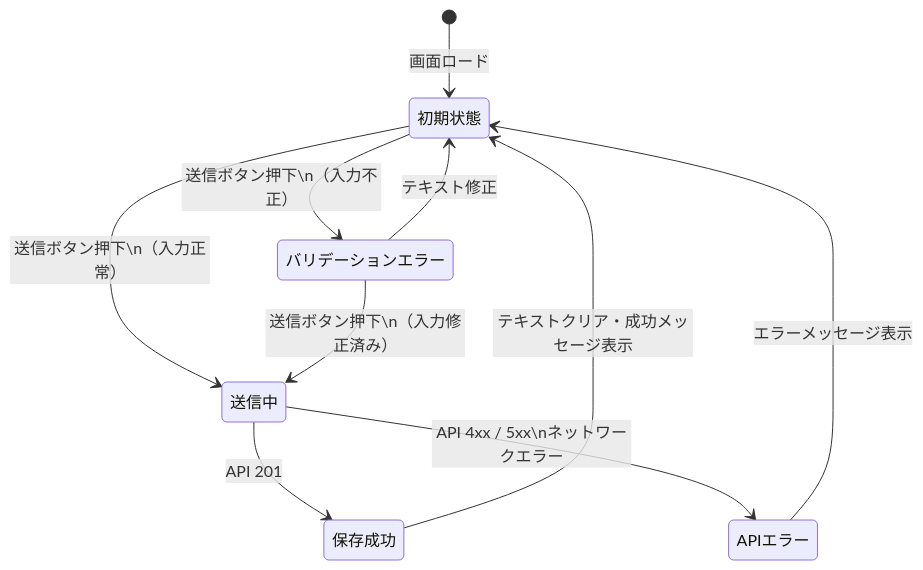
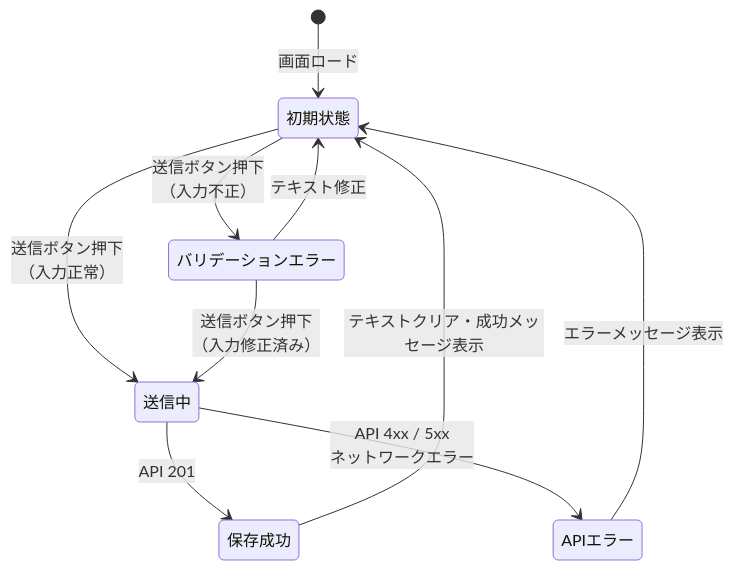
Before and after one commit to BossApe/lo-vibe: the diagram in _document/003.設計・開発・テストフェーズ/003.SP1-1設計/004.画面設計書.md, drawn with Mermaid. The commit also changed other lines of this file and 8 other files, not shown here.

First line of the commit message:
docs(SP1-1): テスト仕様書・エラーハンドリング・FEコンポーネント・シーケンス図を追加

````diff
--- a/_document/003.設計・開発・テストフェーズ/003.SP1-1設計/004.画面設計書.md
+++ b/_document/003.設計・開発・テストフェーズ/003.SP1-1設計/004.画面設計書.md
@@ -182,16 +182,16 @@
 ```mermaid
 stateDiagram-v2
     [*] --> 初期状態: 画面ロード
 
-    初期状態 --> バリデーションエラー: 送信ボタン押下\n（入力不正）
+    初期状態 --> バリデーションエラー: 送信ボタン押下<br>（入力不正）
     バリデーションエラー --> 初期状態: テキスト修正
 
-    初期状態 --> 送信中: 送信ボタン押下\n（入力正常）
-    バリデーションエラー --> 送信中: 送信ボタン押下\n（入力修正済み）
+    初期状態 --> 送信中: 送信ボタン押下<br>（入力正常）
+    バリデーションエラー --> 送信中: 送信ボタン押下<br>（入力修正済み）
 
     送信中 --> 保存成功: API 201
-    送信中 --> APIエラー: API 4xx / 5xx\nネットワークエラー
+    送信中 --> APIエラー: API 4xx / 5xx<br>ネットワークエラー
 
     保存成功 --> 初期状態: テキストクリア・成功メッセージ表示
     APIエラー --> 初期状態: エラーメッセージ表示
 ```
````
